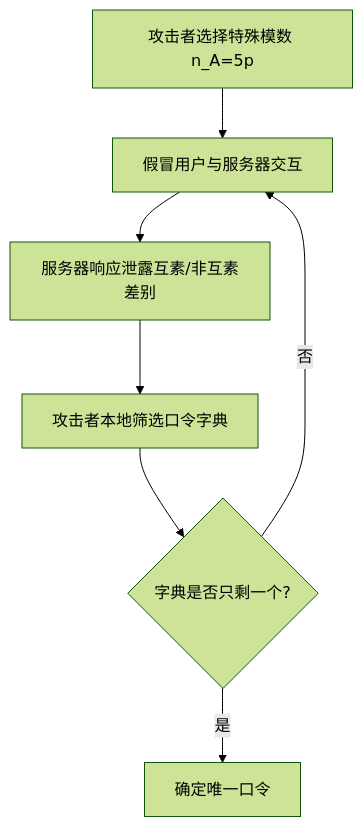
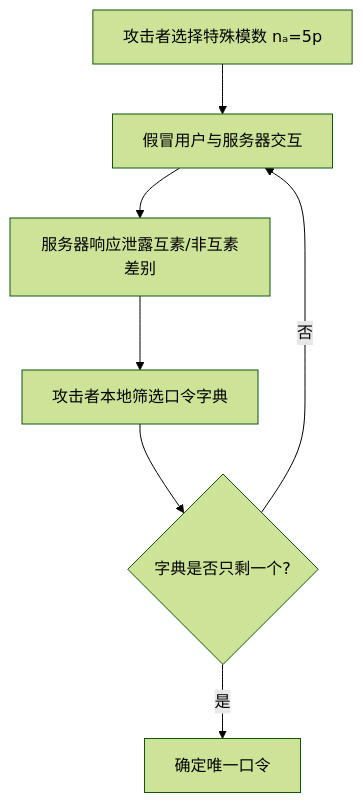
One commit to 22mouseok-crypto/obsidian-vault changed diagram 16 of 21 in 大三下/密码协议/密码协议期末复习-Obsidian视觉版.md. Above: the diagram before and after it, drawn with Mermaid (forest theme). The commit also changed other lines of this file, not shown here.

````diff
--- a/大三下/密码协议/密码协议期末复习-Obsidian视觉版.md
+++ b/大三下/密码协议/密码协议期末复习-Obsidian视觉版.md
@@ -591,9 +591,9 @@
 ```mermaid
 flowchart TD
-    A[攻击者选择特殊模数 n_A=5p] --> B[假冒用户与服务器交互]
+    A[攻击者选择特殊模数 nₐ=5p] --> B[假冒用户与服务器交互]
     B --> C[服务器响应泄露互素/非互素差别]
     C --> D[攻击者本地筛选口令字典]
     D --> E{字典是否只剩一个?}
     E -->|否| B
     E -->|是| F[确定唯一口令]
 ```
````
